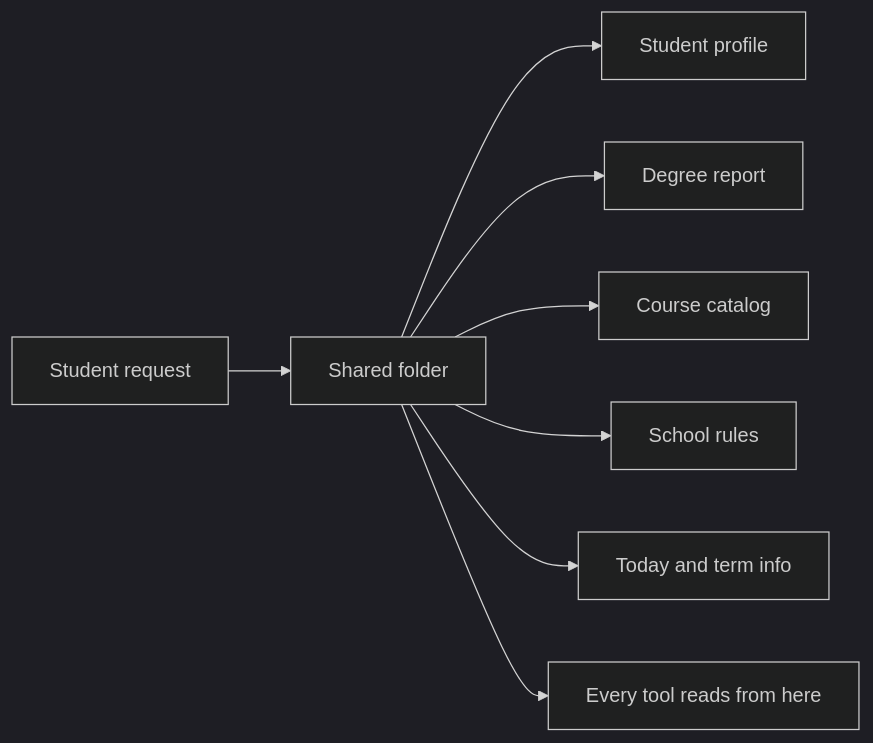
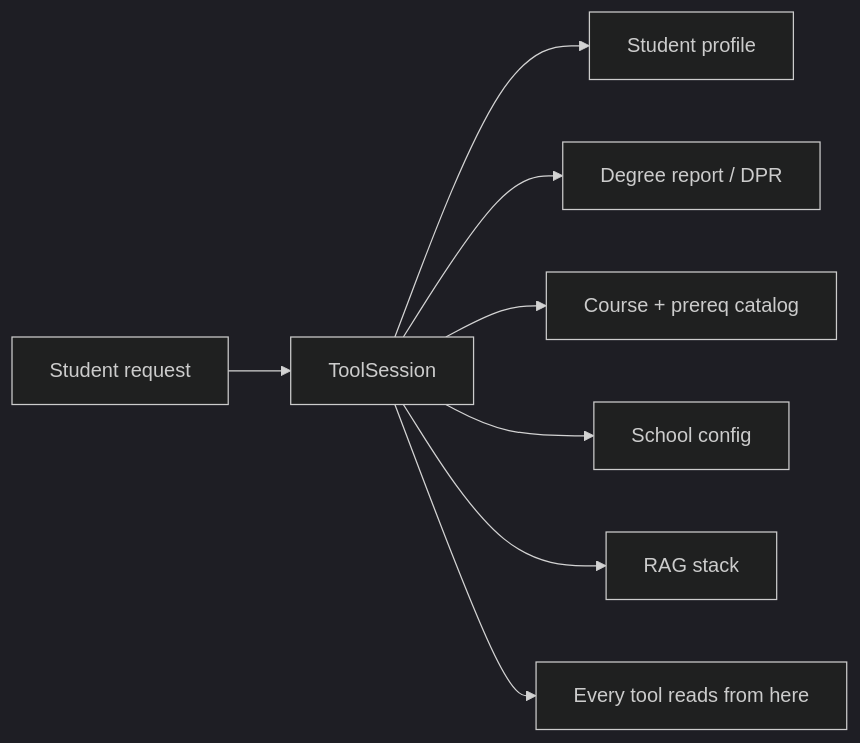
One commit to EdoardoMongardi/NYU_Path changed the first of 3 diagrams in Docs/current-system/engine/session-state.md. Above: the diagram before and after it, drawn with Mermaid (dark theme). The commit also changed other lines of this file and 73 other files, not shown here.

````diff
--- a/Docs/current-system/engine/session-state.md
+++ b/Docs/current-system/engine/session-state.md
@@ -9,10 +11,10 @@
 ```mermaid
 flowchart LR
-    Request[Student request] --> Folder[Shared folder]
+    Request[Student request] --> Folder[ToolSession]
     Folder --> S[Student profile]
-    Folder --> D[Degree report]
-    Folder --> C[Course catalog]
-    Folder --> R[School rules]
-    Folder --> T[Today and term info]
+    Folder --> D[Degree report / DPR]
+    Folder --> C[Course + prereq catalog]
+    Folder --> R[School config]
+    Folder --> RAG[RAG stack]
     Folder --> Tools[Every tool reads from here]
 ```
````
